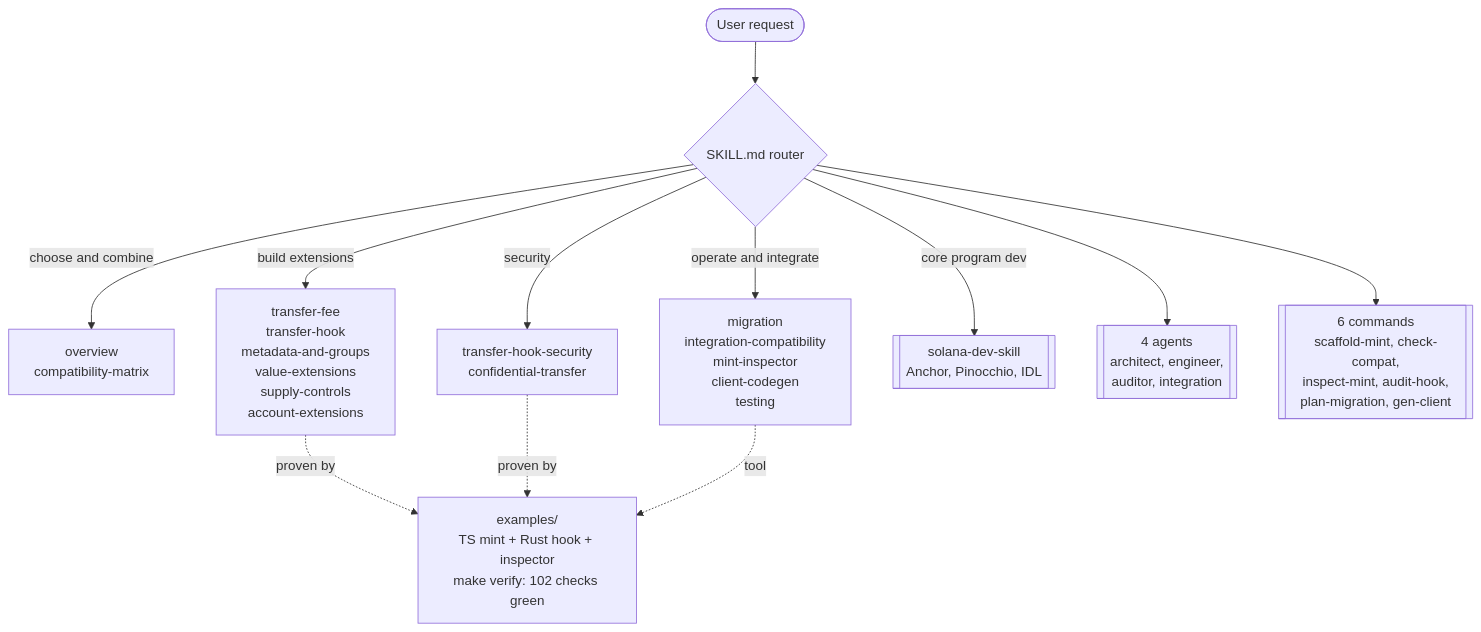
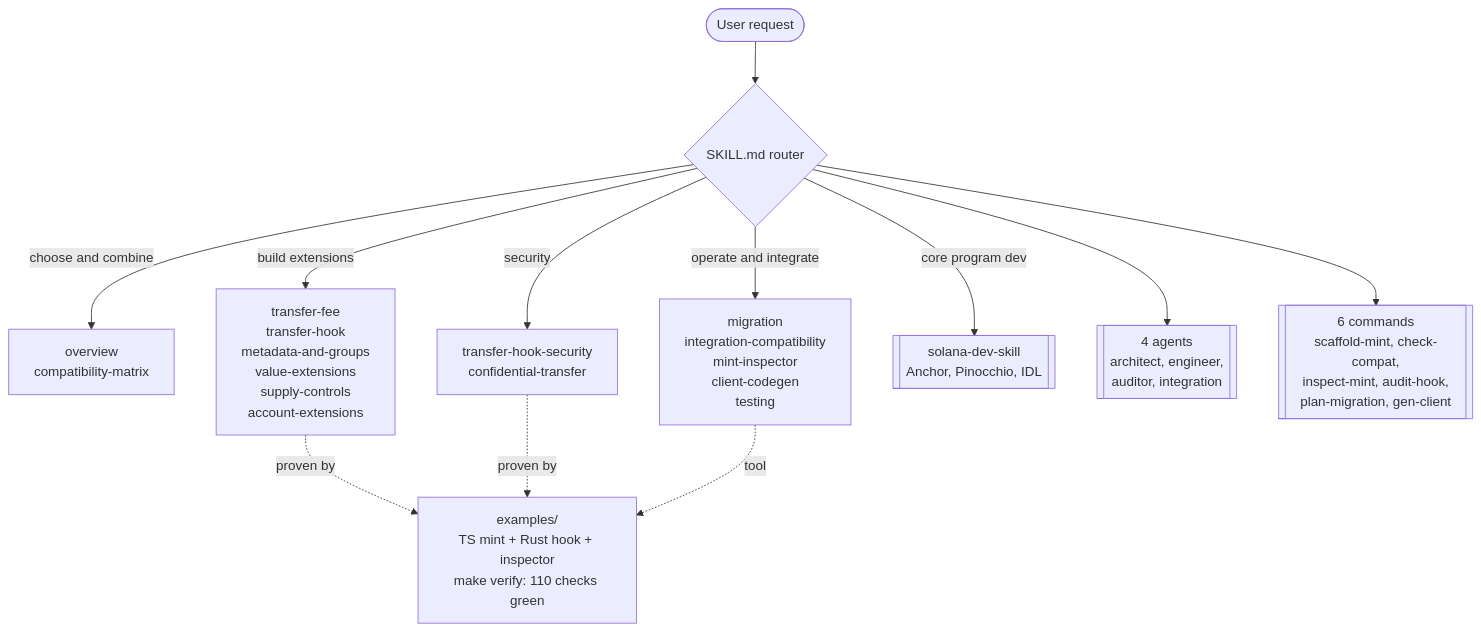
One commit to Andy00L/solana-token-extensions-skill changed the diagram in README.md. Above: the diagram before and after it, drawn with Mermaid. The commit also changed other lines of this file and 7 other files, not shown here.

First line of the commit message:
Harden inspector: confidential re-enabled, value-aware fees, scaffold_mint, hook codegen, threat model

````diff
--- a/README.md
+++ b/README.md
@@ -21,14 +21,14 @@
 ```mermaid
 flowchart TD
     U([User request]) --> R{SKILL.md router}
     R -->|choose and combine| C["overview<br/>compatibility-matrix"]
     R -->|build extensions| B["transfer-fee<br/>transfer-hook<br/>metadata-and-groups<br/>value-extensions<br/>supply-controls<br/>account-extensions"]
     R -->|operate and integrate| O["migration<br/>integration-compatibility<br/>mint-inspector<br/>client-codegen<br/>testing"]
     R -->|security| S["transfer-hook-security<br/>confidential-transfer"]
     R -->|core program dev| CORE[["solana-dev-skill<br/>Anchor, Pinocchio, IDL"]]
     R --> AG[["4 agents<br/>architect, engineer,<br/>auditor, integration"]]
     R --> CMD[["6 commands<br/>scaffold-mint, check-compat,<br/>inspect-mint, audit-hook,<br/>plan-migration, gen-client"]]
-    B -.proven by.-> EX["examples/<br/>TS mint + Rust hook + inspector<br/>make verify: 102 checks green"]
+    B -.proven by.-> EX["examples/<br/>TS mint + Rust hook + inspector<br/>make verify: 110 checks green"]
     S -.proven by.-> EX
     O -.tool.-> EX
 ```
````
